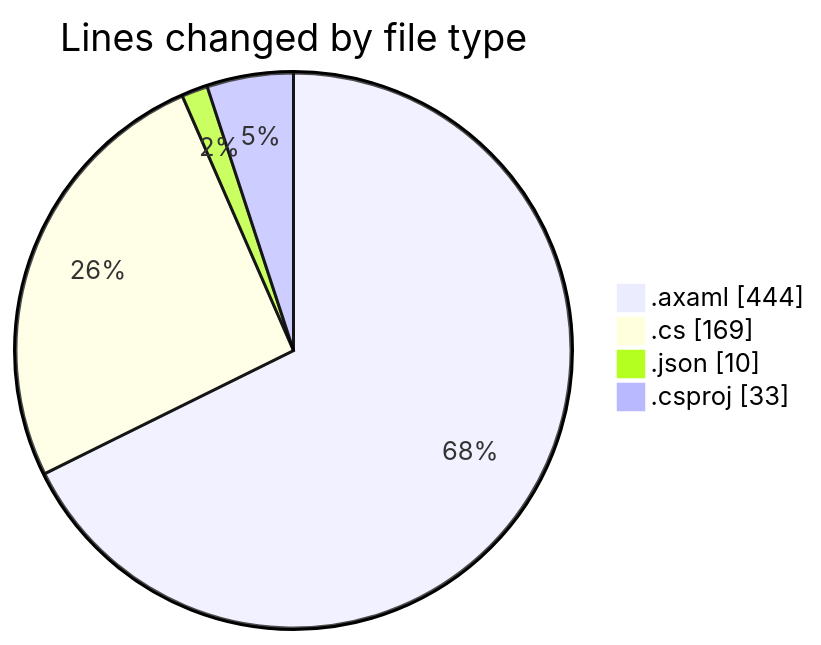
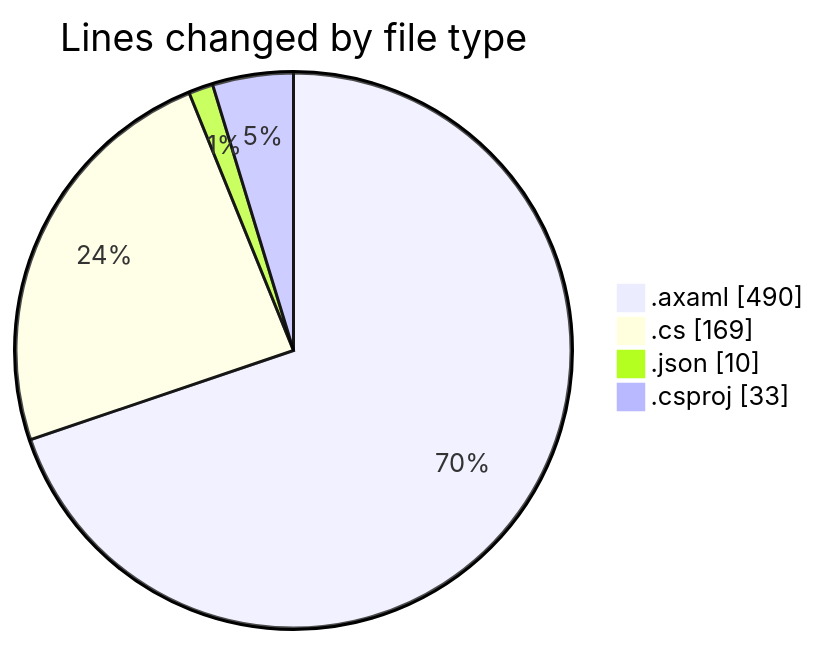
Before and after one commit to Netris89/code-tracking: the first of 2 diagrams in 2025-10-21/skintrack/README.md, drawn with Mermaid. The commit also changed other lines of this file and 1 other file, not shown here.

````diff
--- a/2025-10-21/skintrack/README.md
+++ b/2025-10-21/skintrack/README.md
@@ -29,8 +29,8 @@
 ```mermaid
 pie showData
 title Lines changed by file type
-".axaml" : 444
+".axaml" : 490
 ".cs" : 169
 ".json" : 10
 ".csproj" : 33
 ```
````
